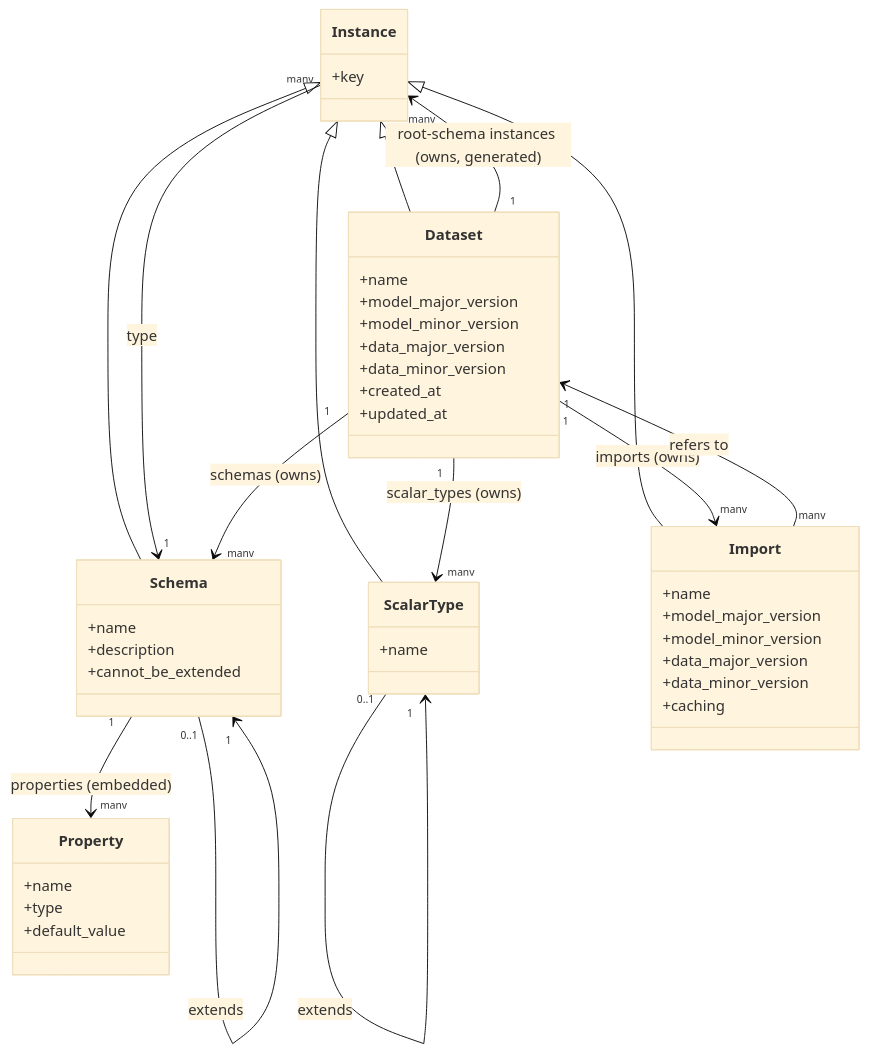
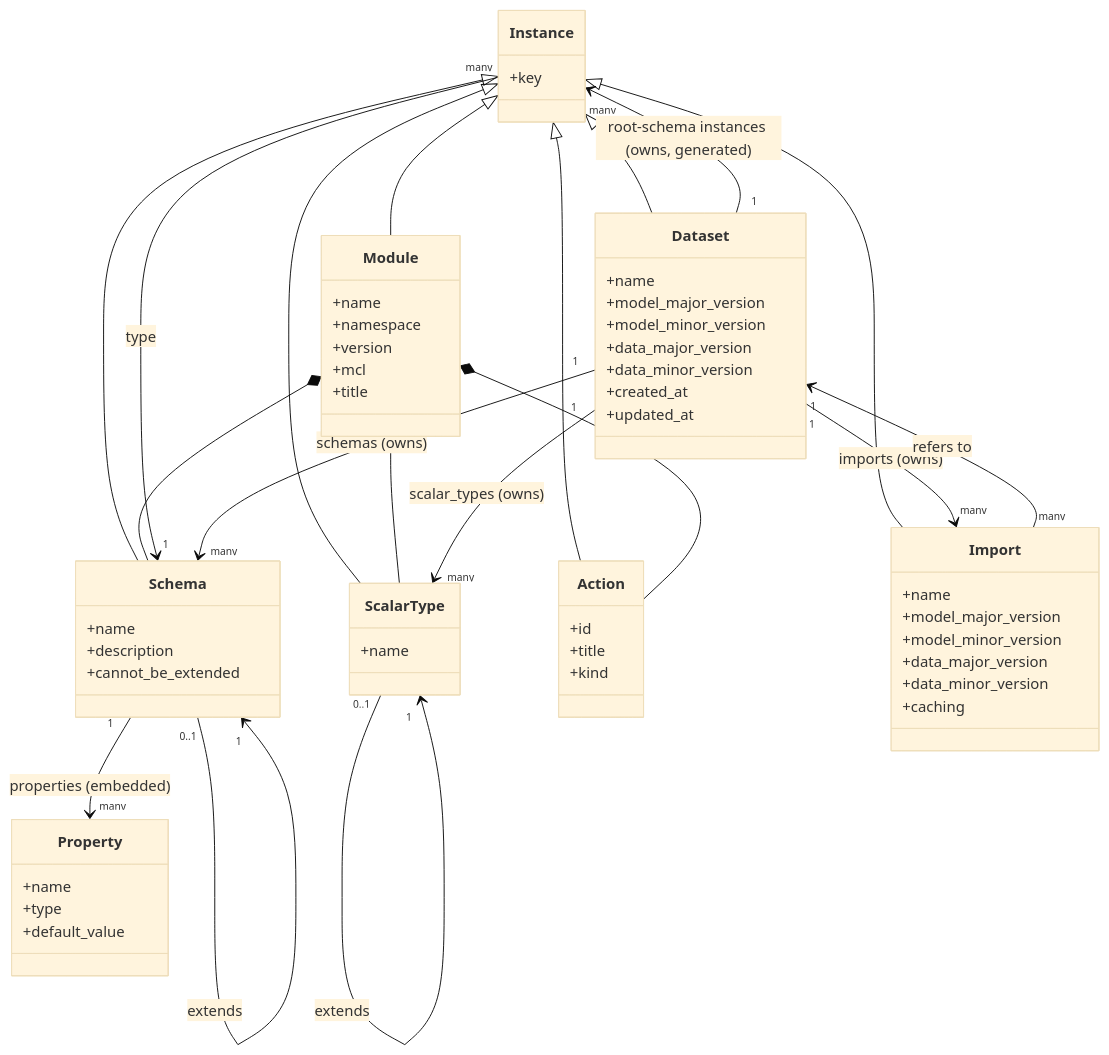
Before and after one commit to SCFlowOrg/scflow-core: the diagram in packages/core/docs/spec/meta-model.md, drawn with Mermaid (base theme). The commit also changed other lines of this file and 2 other files, not shown here.

````diff
--- a/packages/core/docs/spec/meta-model.md
+++ b/packages/core/docs/spec/meta-model.md
@@ -973,51 +1132,68 @@
 ```mermaid
 classDiagram
     class Instance {
         +key
     }
     class Schema {
         +name
         +description
         +cannot_be_extended
     }
     class Property {
         +name
         +type
         +default_value
     }
     class ScalarType {
         +name
     }
     class Dataset {
         +name
         +model_major_version
         +model_minor_version
         +data_major_version
         +data_minor_version
         +created_at
         +updated_at
     }
+    class Module {
+        +name
+        +namespace
+        +version
+        +mcl
+        +title
+    }
+    class Action {
+        +id
+        +title
+        +kind
+    }
     class Import {
         +name
         +model_major_version
         +model_minor_version
         +data_major_version
         +data_minor_version
         +caching
     }
 
     Instance <|-- Schema
     Instance <|-- ScalarType
+    Instance <|-- Module
+    Instance <|-- Action
+    Module *-- Schema
+    Module *-- ScalarType
+    Module *-- Action
     Instance <|-- Dataset
     Instance <|-- Import
 
     Instance "many" --> "1" Schema : type
     Schema "1" --> "many" Property : properties (embedded)
     Schema "0..1" --> "1" Schema : extends
     ScalarType "0..1" --> "1" ScalarType : extends
     Dataset "1" --> "many" Schema : schemas (owns)
     Dataset "1" --> "many" ScalarType : scalar_types (owns)
     Dataset "1" --> "many" Import : imports (owns)
     Dataset "1" --> "many" Instance : root-schema instances (owns, generated)
     Import "many" --> "1" Dataset : refers to
 ```
````
